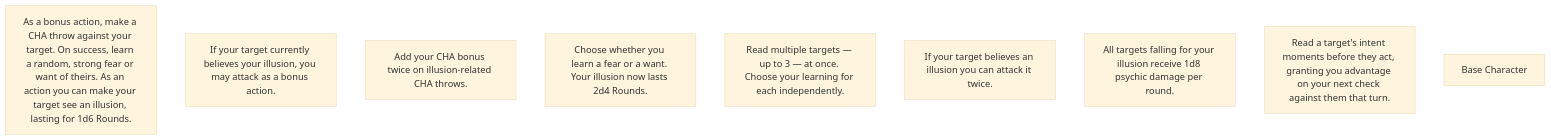
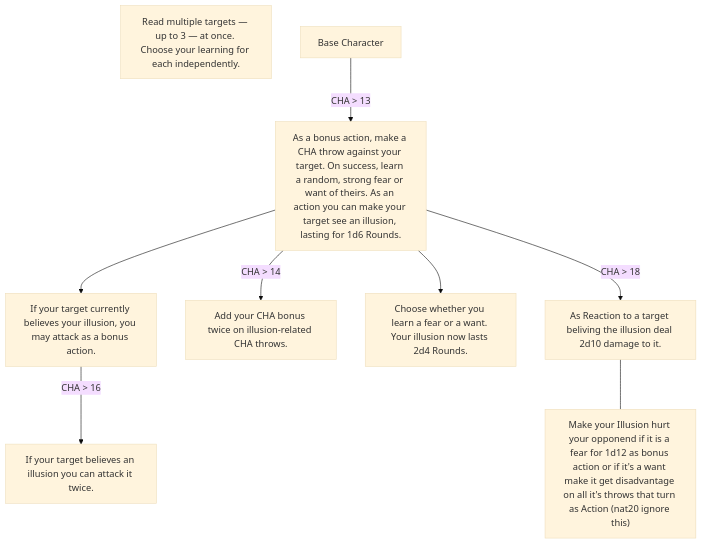
Before and after one commit to WiIdNeo/DnD: diagram 18 of 28 in Classes and Races/Classes/Class-Handbook.md, drawn with Mermaid (base theme). The commit also changed other lines of this file and 1 other file, not shown here.

````diff
--- a/Classes and Races/Classes/Class-Handbook.md
+++ b/Classes and Races/Classes/Class-Handbook.md
@@ -491,15 +493,20 @@
 ```mermaid
 flowchart TD
 
 A[Base Character]
 
-1[As a bonus action, make a CHA throw against your target. On success, learn a random, strong fear or want of theirs. As an action you can make your target see an illusion, lasting for 1d6 Rounds.]
-2[If your target currently believes your illusion, you may attack as a bonus action.]
-3[Add your CHA bonus twice on illusion-related CHA throws.]
-4[Choose whether you learn a fear or a want. Your illusion now lasts 2d4 Rounds.]
-5[Read multiple targets — up to 3 — at once. Choose your learning for each independently.]
-6[If your target believes an illusion you can attack it twice.]
-7[All targets falling for your illusion receive 1d8 psychic damage per round.]
-8[Read a target's intent moments before they act, granting you advantage on your next check against them that turn.]
+1["As a bonus action, make a CHA throw against your target. On success, learn a random, strong fear or want of theirs. As an action you can make your target see an illusion, lasting for 1d6 Rounds."]
+2["If your target currently believes your illusion, you may attack as a bonus action."]
+3["Add your CHA bonus twice on illusion-related CHA throws."]
+4["Choose whether you learn a fear or a want. Your illusion now lasts 2d4 Rounds."]
+5["Read multiple targets — up to 3 — at once. Choose your learning for each independently."]
+6["If your target believes an illusion you can attack it twice."]
+7["As Reaction to a target beliving the illusion deal 2d10 damage to it."]
+8["Make your Illusion hurt your opponend if it is a fear for 1d12 as bonus action or if it's a want make it get disadvantage on all it's throws that turn as Action (nat20 ignore this)"]
 
+A --> |CHA > 13|1
+1 --> 2 -->|CHA > 16| 6
+1 --> |CHA > 14|3
+1 --> 4
+1 --> |CHA > 18| 7 --- 8
 ```
````
